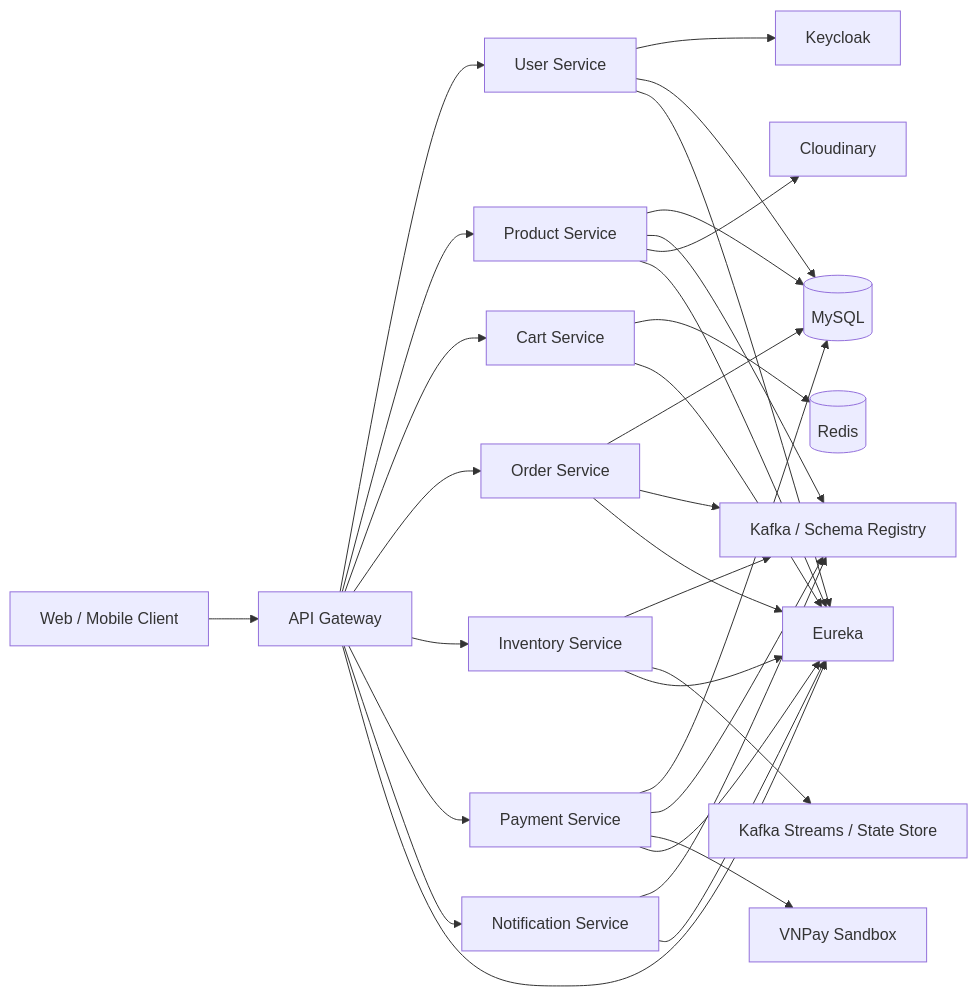
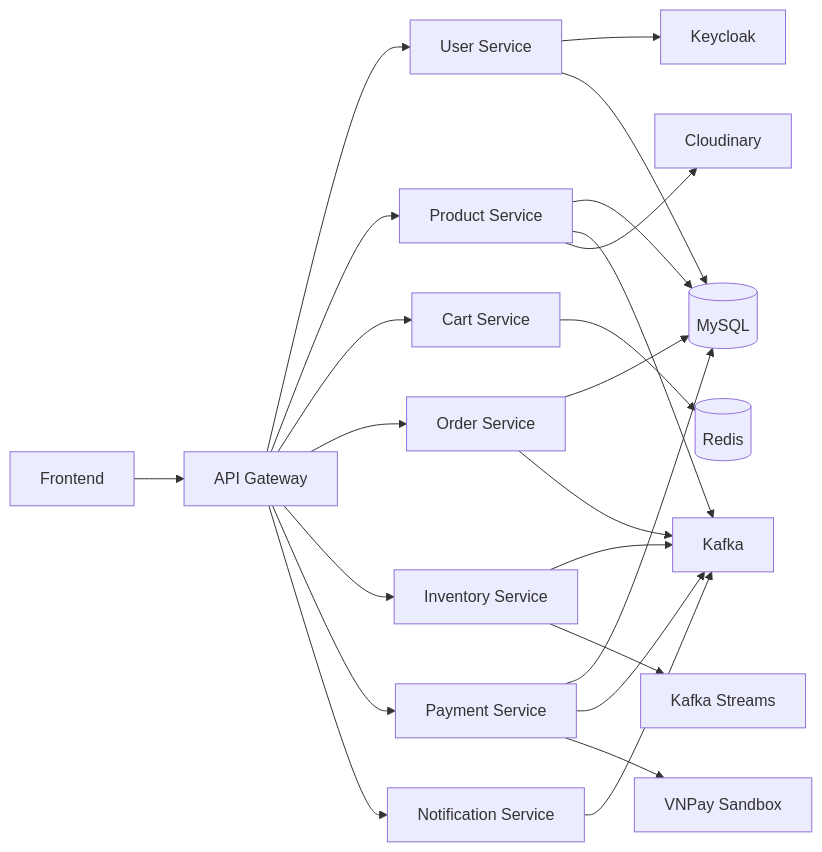
The diagram in README.md (truongnguyen3006/ecommerce-backend-1-), drawn with Mermaid before and after one commit. The commit also changed other lines of this file, not shown here.

````diff
--- a/README.md
+++ b/README.md
@@ -45,39 +43,30 @@
 ```mermaid
 flowchart LR
-    CLIENT[Web / Mobile Client] --> GW[API Gateway]
+    CLIENT[Frontend] --> GW[API Gateway]
+
     GW --> USER[User Service]
     GW --> PRODUCT[Product Service]
     GW --> CART[Cart Service]
     GW --> ORDER[Order Service]
     GW --> INVENTORY[Inventory Service]
     GW --> PAYMENT[Payment Service]
     GW --> NOTI[Notification Service]
 
-    USER --> KC[Keycloak]
+    USER --> KEYCLOAK[Keycloak]
+    CART --> REDIS[(Redis)]
+
     PRODUCT --> MYSQL[(MySQL)]
     USER --> MYSQL
     ORDER --> MYSQL
     PAYMENT --> MYSQL
 
-    CART --> REDIS[(Redis)]
-
-    PRODUCT --> KAFKA[Kafka / Schema Registry]
+    PRODUCT --> KAFKA[Kafka]
     ORDER --> KAFKA
     PAYMENT --> KAFKA
     INVENTORY --> KAFKA
     NOTI --> KAFKA
 
-    INVENTORY --> STREAMS[Kafka Streams / State Store]
-
+    INVENTORY --> STREAMS[Kafka Streams]
     PRODUCT --> CLOUDINARY[Cloudinary]
     PAYMENT --> VNPAY[VNPay Sandbox]
-
-    GW --> EUREKA[Eureka]
-    USER --> EUREKA
-    PRODUCT --> EUREKA
-    CART --> EUREKA
-    ORDER --> EUREKA
-    INVENTORY --> EUREKA
-    PAYMENT --> EUREKA
-    NOTI --> EUREKA
 ```
````
